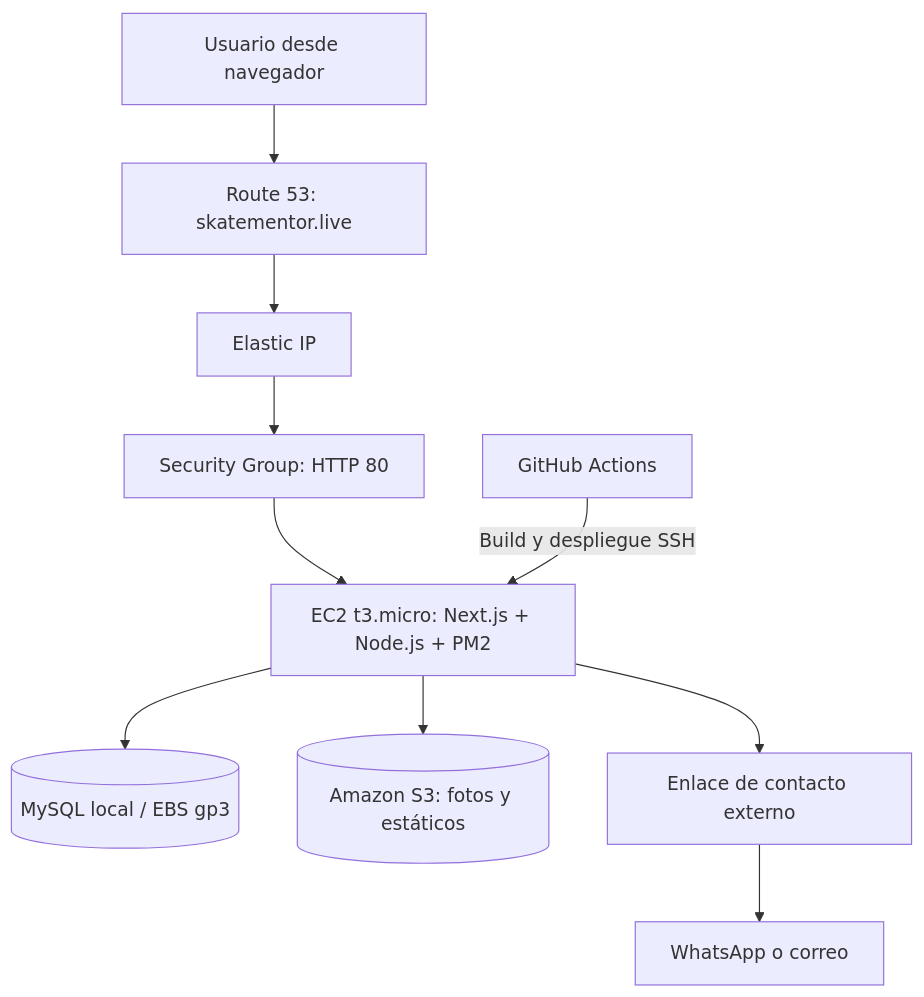
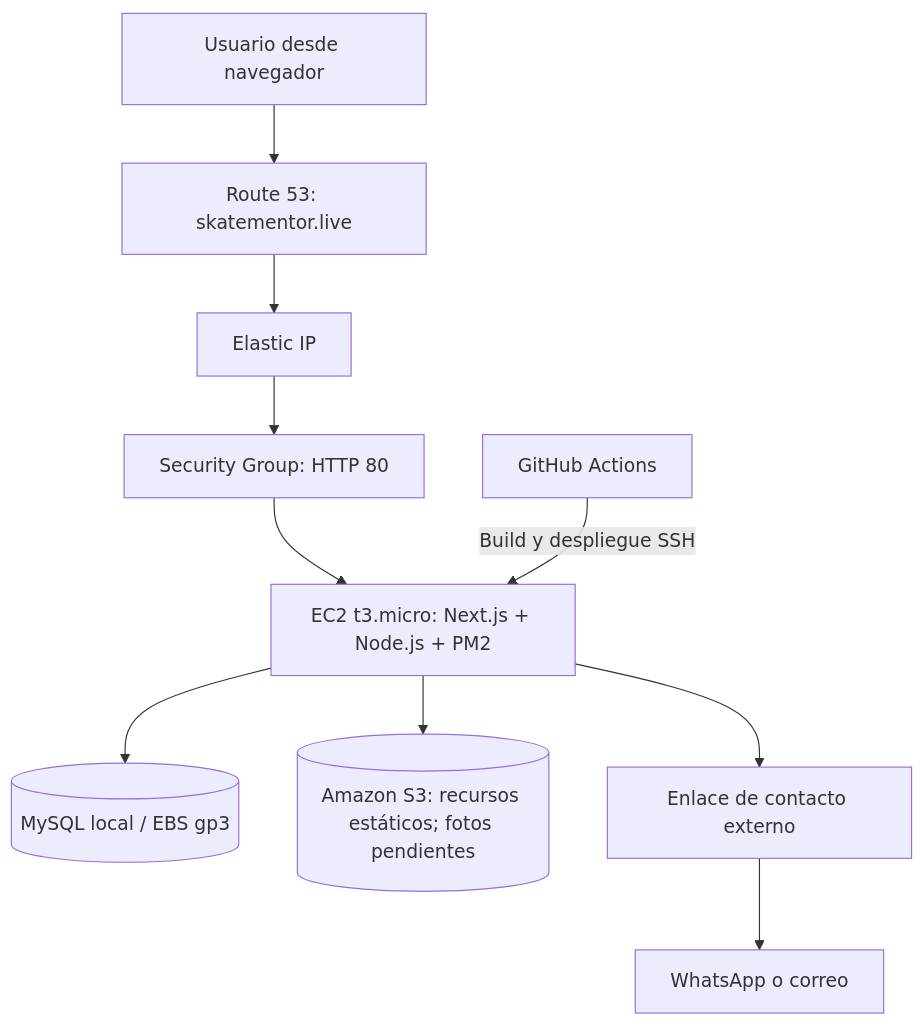
The diagram in README.md (Idkkvid/skatementor), drawn with Mermaid before and after one commit. The commit also changed other lines of this file and 2 other files, not shown here.

````diff
--- a/README.md
+++ b/README.md
@@ -256,12 +256,12 @@
 ```mermaid
 flowchart TD
     U[Usuario desde navegador] --> D[Route 53: skatementor.live]
     D --> IP[Elastic IP]
     IP --> SG[Security Group: HTTP 80]
     SG --> APP[EC2 t3.micro: Next.js + Node.js + PM2]
     APP --> DB[(MySQL local / EBS gp3)]
-    APP --> S3[(Amazon S3: fotos y estáticos)]
+    APP --> S3[(Amazon S3: recursos estáticos; fotos pendientes)]
     APP --> C[Enlace de contacto externo]
     C --> M[WhatsApp o correo]
     GH[GitHub Actions] -->|Build y despliegue SSH| APP
 ```
````
